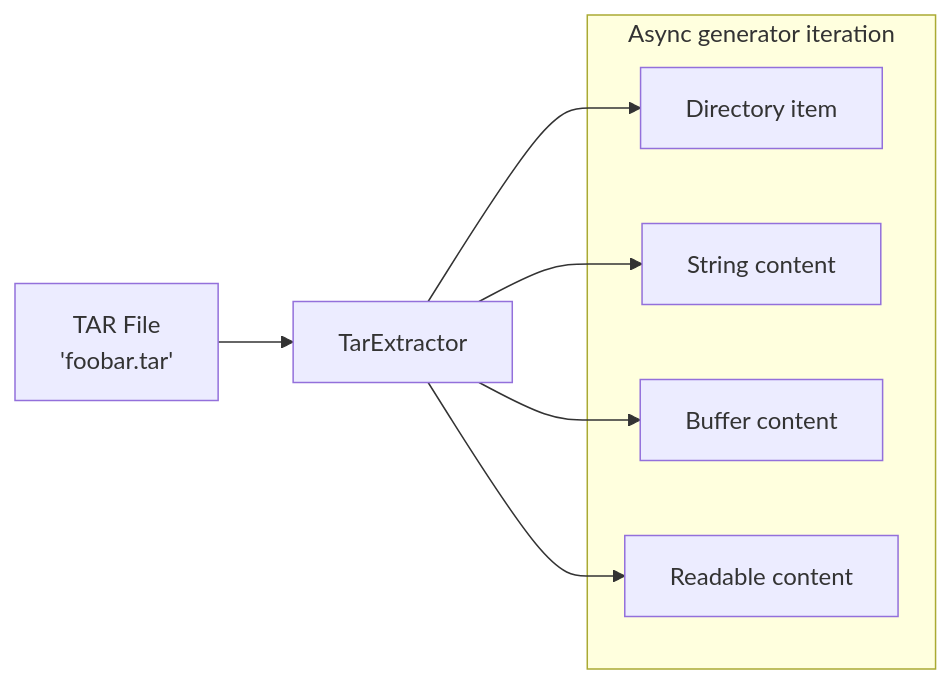
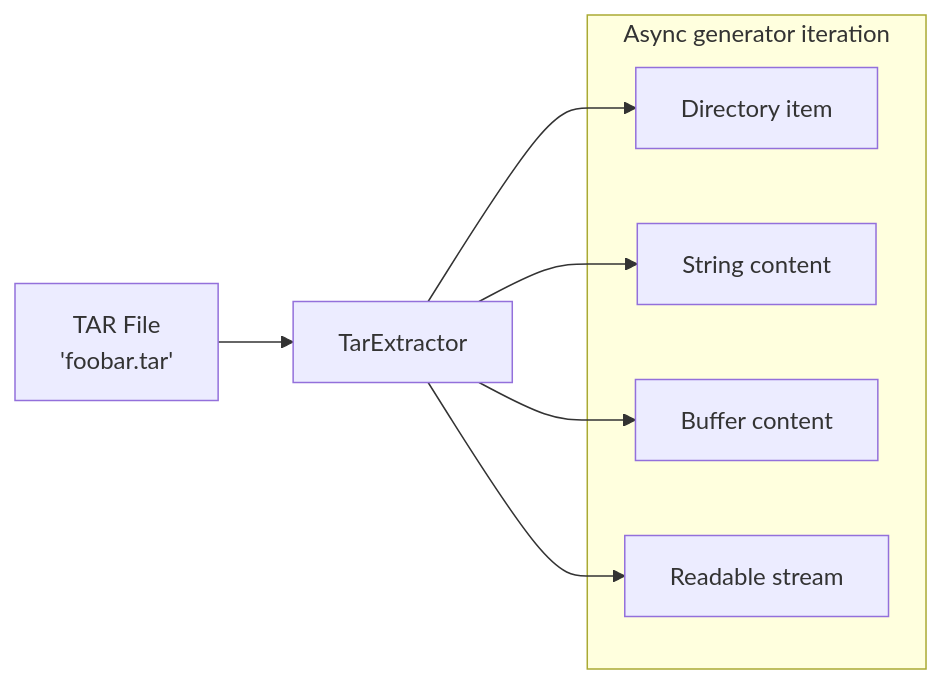
The second of 2 diagrams in README.md (kekyo/tar-vern), drawn with Mermaid before and after one commit. The commit also changed other lines of this file and 5 other files, not shown here.

````diff
--- a/README.md
+++ b/README.md
@@ -65,16 +65,16 @@
 ```mermaid
 graph LR
   A[TAR File<br/>'foobar.tar'] --> B[TarExtractor]
   
   subgraph C["Async generator iteration"]
     C1[Directory item]
     C2[String content]
     C3[Buffer content]
-    C4[Readable content]
+    C4[Readable stream]
   end
   
   B --> C1
   B --> C2
   B --> C3
   B --> C4
 ```
````
